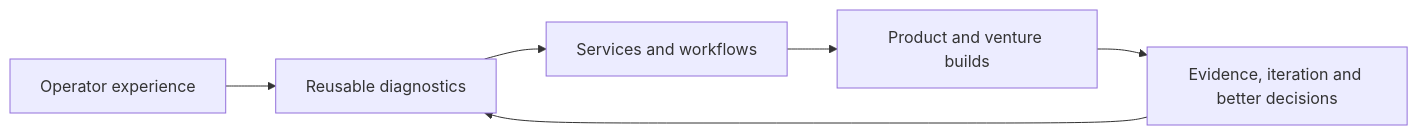
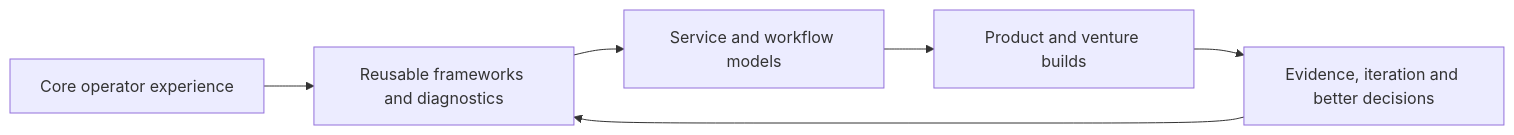
Before and after one commit to christopher-swarup-labs/portfolio-index: the diagram in ENTREPRENEUR-JOURNEY.md, drawn with Mermaid. The commit also changed other lines of this file, not shown here.

Commit message:
Connect founder journey to core career expertise

````diff
--- a/ENTREPRENEUR-JOURNEY.md
+++ b/ENTREPRENEUR-JOURNEY.md
@@ -23,8 +33,8 @@
 ```mermaid
 flowchart LR
-    A[Operator experience] --> B[Reusable diagnostics]
-    B --> C[Services and workflows]
+    A[Core operator experience] --> B[Reusable frameworks and diagnostics]
+    B --> C[Service and workflow models]
     C --> D[Product and venture builds]
     D --> E[Evidence, iteration and better decisions]
     E --> B
 ```
````
